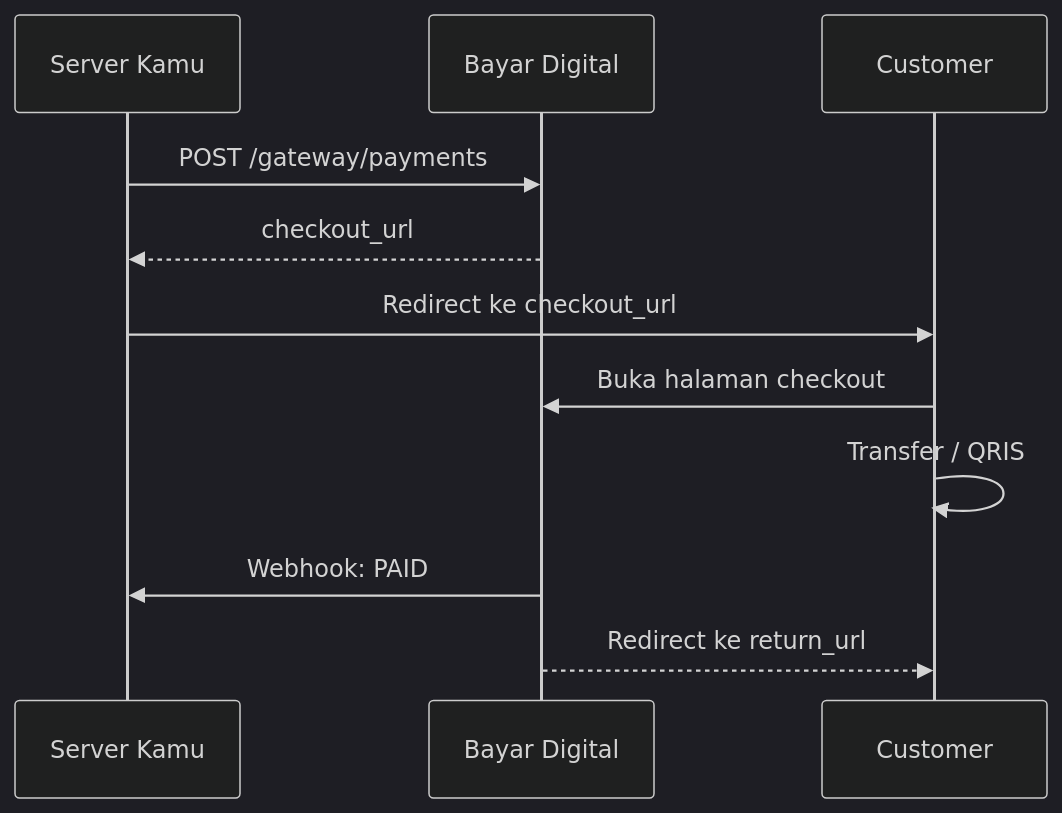
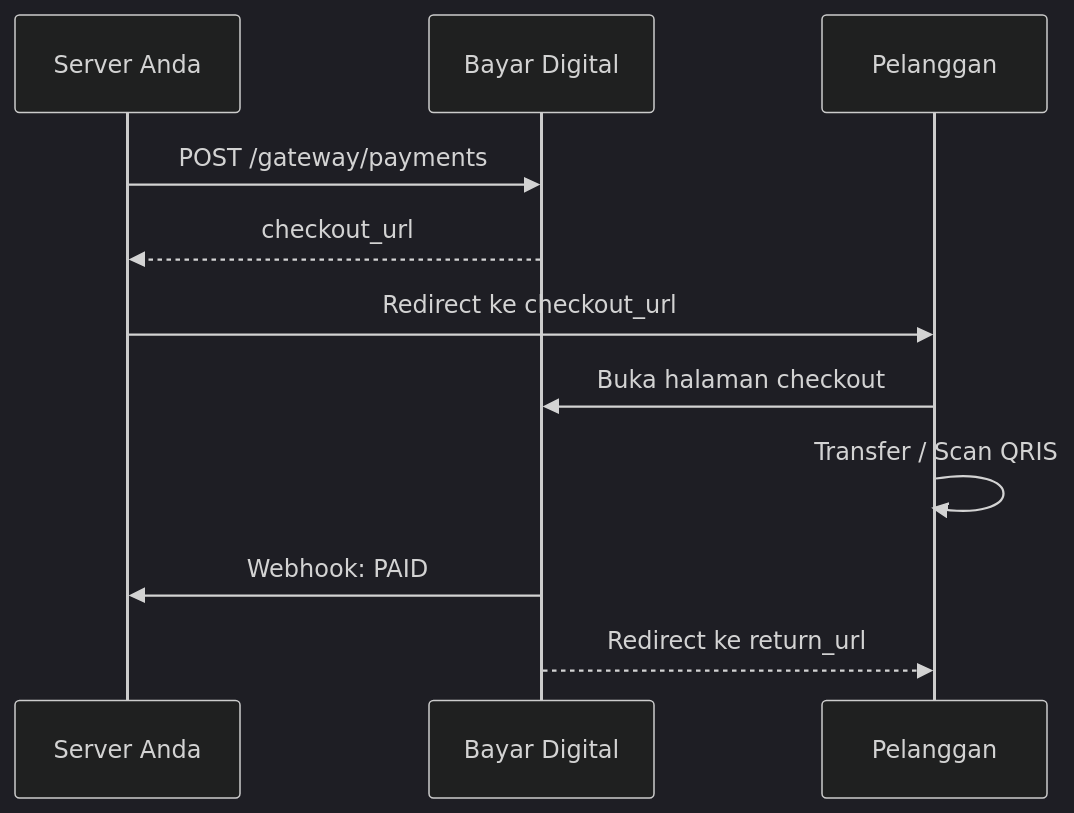
The diagram in docs/checkout.mdx (rioanandaputra-bot/bayar.digital-docs), drawn with Mermaid (dark theme) before and after one commit. The commit also changed other lines of this file and 13 other files, not shown here.

````diff
--- a/docs/checkout.mdx
+++ b/docs/checkout.mdx
@@ -17,14 +20,14 @@
 ```mermaid
 sequenceDiagram
-    participant S as Server Kamu
+    participant S as Server Anda
     participant B as Bayar Digital
-    participant C as Customer
+    participant C as Pelanggan
 
     S->>B: POST /gateway/payments
     B-->>S: checkout_url
     S->>C: Redirect ke checkout_url
     C->>B: Buka halaman checkout
-    C->>C: Transfer / QRIS
+    C->>C: Transfer / Scan QRIS
     B->>S: Webhook: PAID
     B-->>C: Redirect ke return_url
 ```
````
